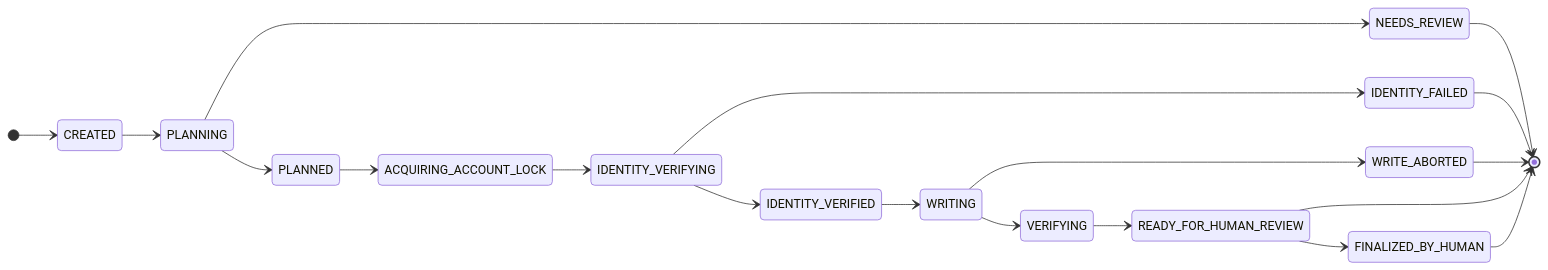
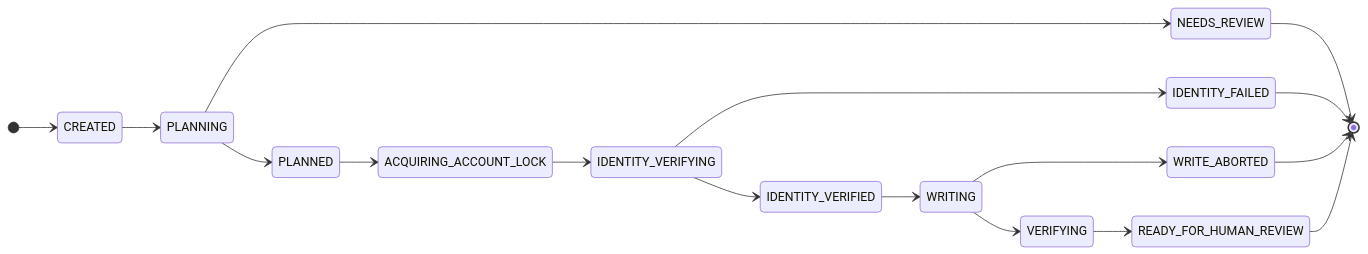
One commit to mohammedkasmii/mcma_agent changed the second of 2 diagrams in docs/architecture/WORKFLOW_STATE_MODEL.md. Above: the diagram before and after it, drawn with Mermaid. The commit also changed other lines of this file and 13 other files, not shown here.

Commit message:
docs(architecture): apply Phase 3 architecture corrections and review refinements across specifications and ADRs

````diff
--- a/docs/architecture/WORKFLOW_STATE_MODEL.md
+++ b/docs/architecture/WORKFLOW_STATE_MODEL.md
@@ -35,22 +35,20 @@
 ```mermaid
 stateDiagram-v2
   direction LR
   [*] --> CREATED
   CREATED --> PLANNING
   PLANNING --> NEEDS_REVIEW
   PLANNING --> PLANNED
   PLANNED --> ACQUIRING_ACCOUNT_LOCK
   ACQUIRING_ACCOUNT_LOCK --> IDENTITY_VERIFYING
   IDENTITY_VERIFYING --> IDENTITY_VERIFIED
   IDENTITY_VERIFYING --> IDENTITY_FAILED
   IDENTITY_VERIFIED --> WRITING
   WRITING --> VERIFYING
   WRITING --> WRITE_ABORTED
   VERIFYING --> READY_FOR_HUMAN_REVIEW
   NEEDS_REVIEW --> [*]
   IDENTITY_FAILED --> [*]
   WRITE_ABORTED --> [*]
-  READY_FOR_HUMAN_REVIEW --> FINALIZED_BY_HUMAN
   READY_FOR_HUMAN_REVIEW --> [*]
-  FINALIZED_BY_HUMAN --> [*]
 ```
````
